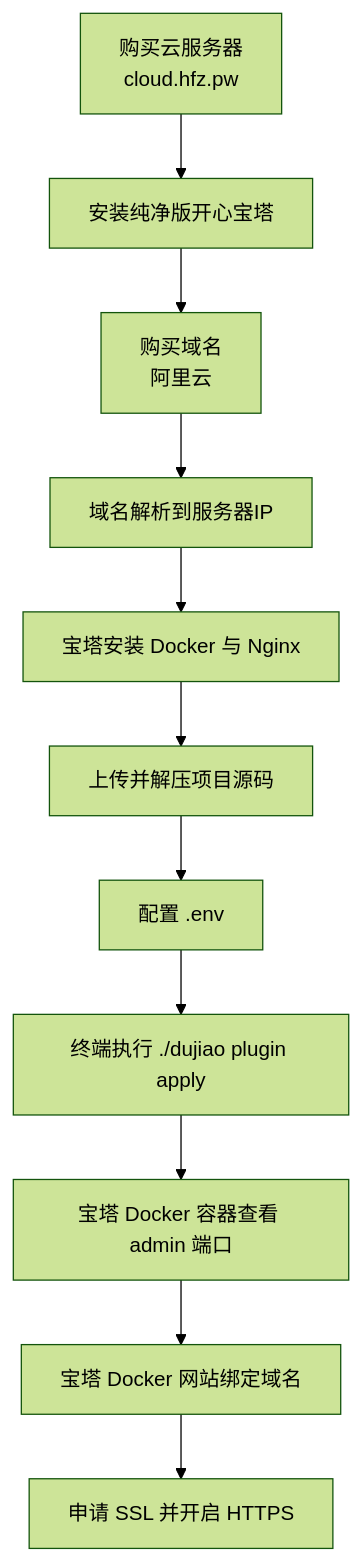
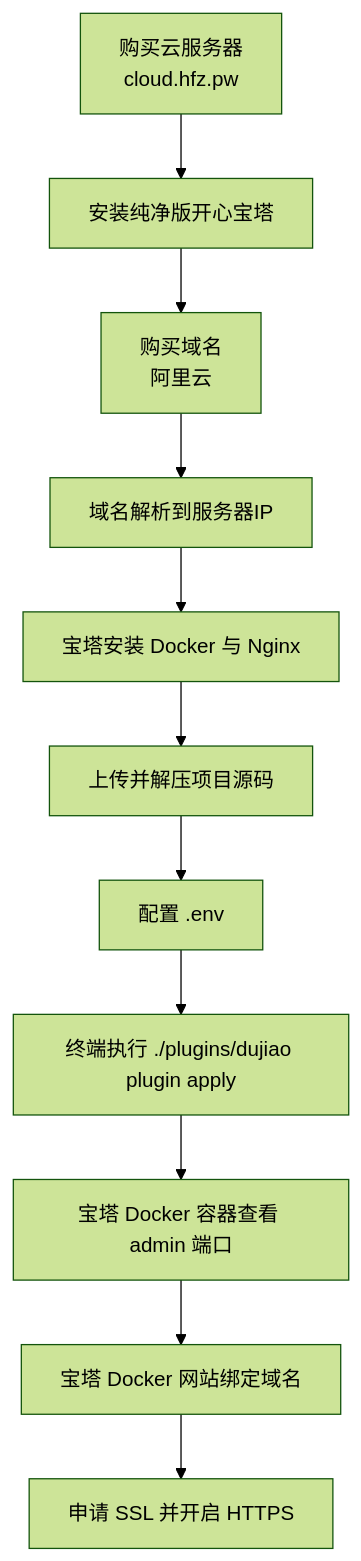
The diagram in README.md (cnmbdb/Dujiaoka-Next-Docker), drawn with Mermaid (forest theme) before and after one commit. The commit also changed other lines of this file and 8 other files, not shown here.

Commit message:
feat: move plugin host into plugins directory

````diff
--- a/README.md
+++ b/README.md
@@ -8,13 +8,13 @@
 ```mermaid
 flowchart TD
     A["购买云服务器<br/>cloud.hfz.pw"] --> B["安装纯净版开心宝塔"]
     B --> C["购买域名<br/>阿里云"]
     C --> D["域名解析到服务器IP"]
     D --> E["宝塔安装 Docker 与 Nginx"]
     E --> F["上传并解压项目源码"]
     F --> G["配置 .env"]
-    G --> H["终端执行 ./dujiao plugin apply"]
+    G --> H["终端执行 ./plugins/dujiao plugin apply"]
     H --> I["宝塔 Docker 容器查看 admin 端口"]
     I --> J["宝塔 Docker 网站绑定域名"]
     J --> K["申请 SSL 并开启 HTTPS"]
 ```
````
